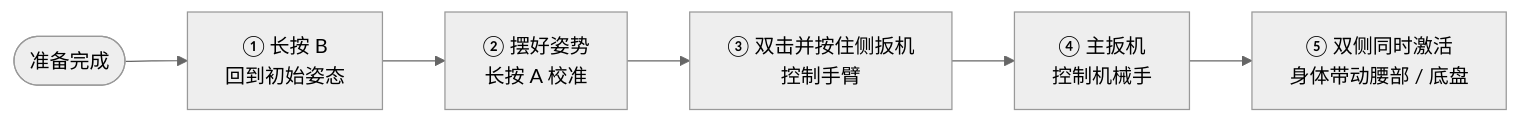
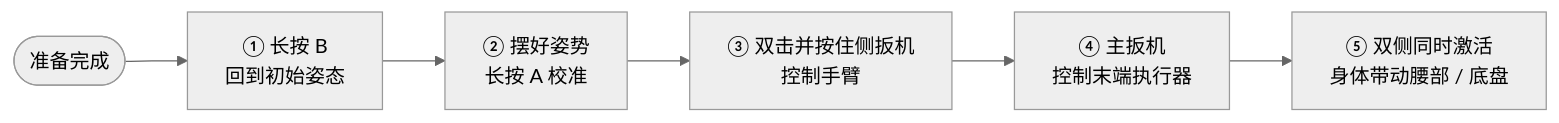
Before and after one commit to AgilexOpensource/lookie_ros: the second of 3 diagrams in lookie_teleop/docs/vr_teleop_quickstart.zh-CN.md, drawn with Mermaid (neutral theme). The commit also changed other lines of this file and 11 other files, not shown here.

````diff
--- a/lookie_teleop/docs/vr_teleop_quickstart.zh-CN.md
+++ b/lookie_teleop/docs/vr_teleop_quickstart.zh-CN.md
@@ -85,8 +81,8 @@
 ```mermaid
 flowchart LR
     S([准备完成]) --> B1["① 长按 B<br/>回到初始姿态"]
     B1 --> A1["② 摆好姿势<br/>长按 A 校准"]
     A1 --> G["③ 双击并按住侧扳机<br/>控制手臂"]
-    G --> T["④ 主扳机<br/>控制机械手"]
+    G --> T["④ 主扳机<br/>控制末端执行器"]
     T --> W["⑤ 双侧同时激活<br/>身体带动腰部 / 底盘"]
 ```
````
